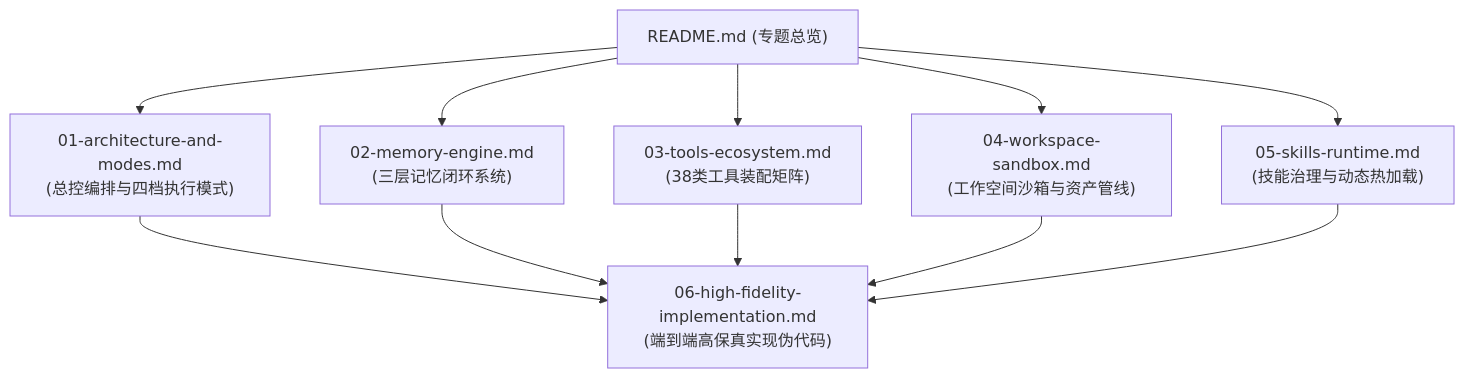
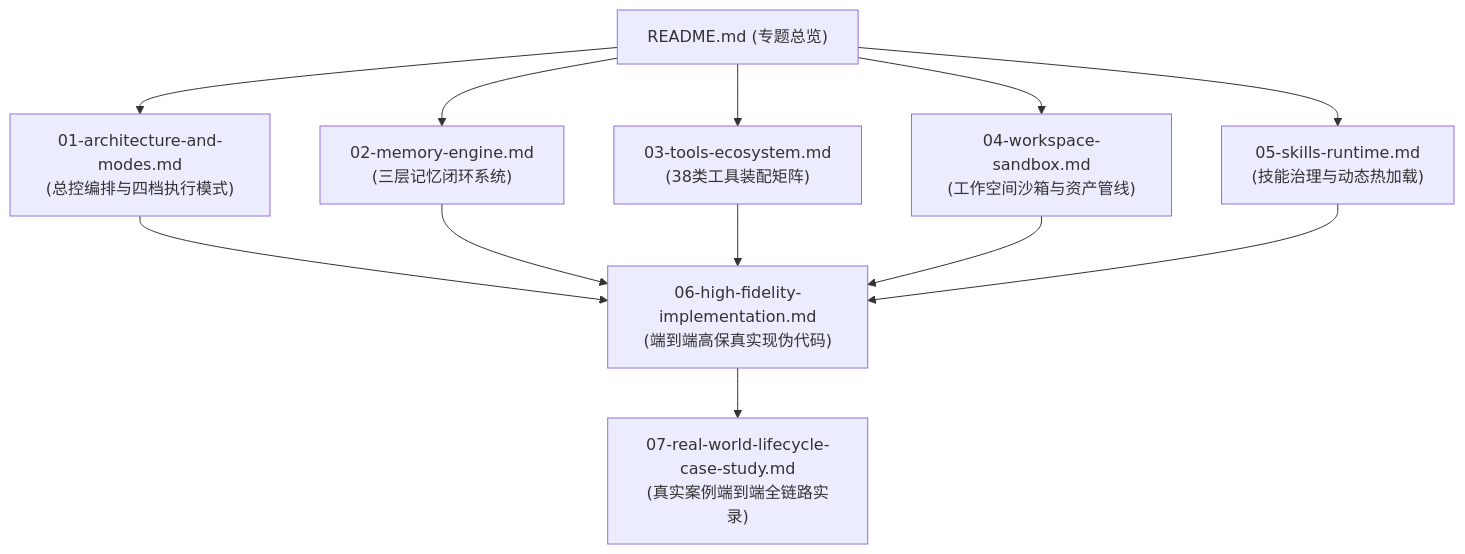
Before and after one commit to ljxpython/ai-agent-platform: the diagram in docs/architecture/07-agents/01-dearflow-agent/README.md, drawn with Mermaid. The commit also changed other lines of this file and 37 other files, not shown here.

````diff
--- a/docs/architecture/07-agents/01-dearflow-agent/README.md
+++ b/docs/architecture/07-agents/01-dearflow-agent/README.md
@@ -19,14 +19,16 @@
 ```mermaid
 flowchart TD
     Index["README.md (专题总览)"] --> C1["01-architecture-and-modes.md<br/>(总控编排与四档执行模式)"]
     Index --> C2["02-memory-engine.md<br/>(三层记忆闭环系统)"]
     Index --> C3["03-tools-ecosystem.md<br/>(38类工具装配矩阵)"]
     Index --> C4["04-workspace-sandbox.md<br/>(工作空间沙箱与资产管线)"]
     Index --> C5["05-skills-runtime.md<br/>(技能治理与动态热加载)"]
 
     C1 --> C6["06-high-fidelity-implementation.md<br/>(端到端高保真实现伪代码)"]
     C2 --> C6
     C3 --> C6
     C4 --> C6
     C5 --> C6
+
+    C6 --> C7["07-real-world-lifecycle-case-study.md<br/>(真实案例端到端全链路实录)"]
 ```
````
